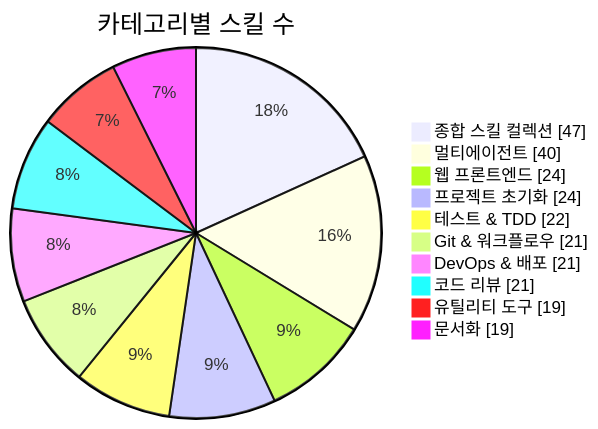
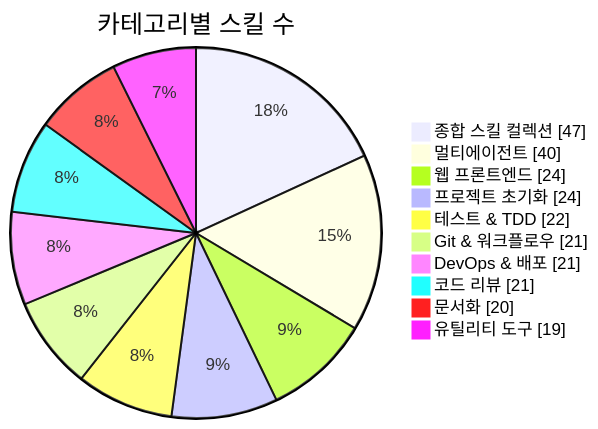
Before and after one commit to J-nowcow/awesome-korean-agent-skills: the first of 3 diagrams in README.md, drawn with Mermaid. The commit also changed other lines of this file and 4 other files, not shown here.

````diff
--- a/README.md
+++ b/README.md
@@ -176,14 +176,14 @@
 ```mermaid
 pie showData
     title 카테고리별 스킬 수
     "종합 스킬 컬렉션" : 47
     "멀티에이전트" : 40
     "웹 프론트엔드" : 24
     "프로젝트 초기화" : 24
     "테스트 & TDD" : 22
     "Git & 워크플로우" : 21
     "DevOps & 배포" : 21
     "코드 리뷰" : 21
+    "문서화" : 20
     "유틸리티 도구" : 19
-    "문서화" : 19
 ```
````
